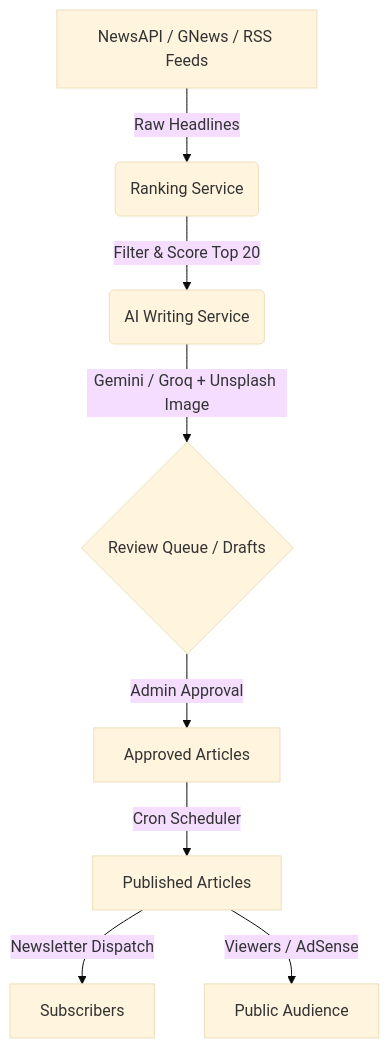
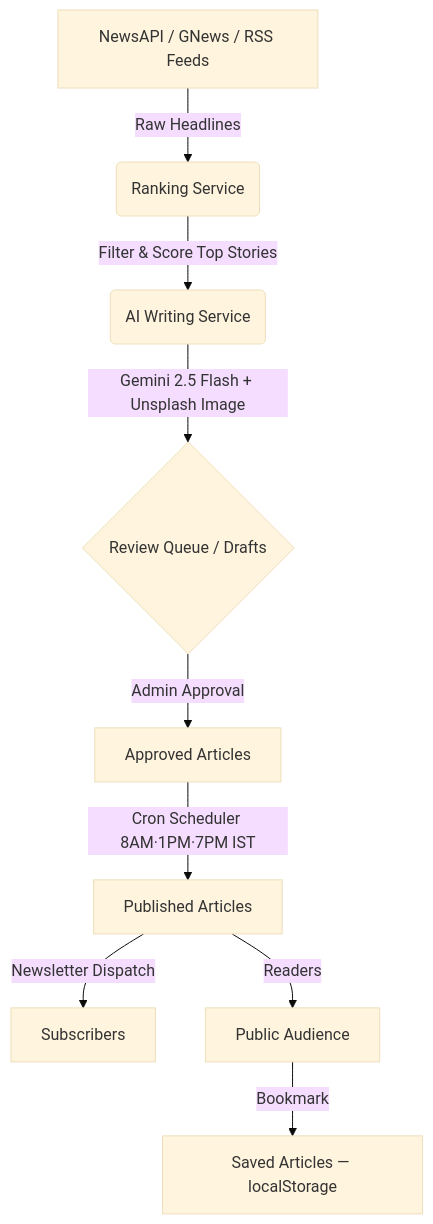
One commit to 26Utkarsh/InkWire changed the diagram in README.md. Above: the diagram before and after it, drawn with Mermaid (base theme). The commit also changed other lines of this file and 7 other files, not shown here.

````diff
--- a/README.md
+++ b/README.md
@@ -20,10 +24,11 @@
 ```mermaid
 graph TD
     A[NewsAPI / GNews / RSS Feeds] -->|Raw Headlines| B(Ranking Service)
-    B -->|Filter & Score Top 20| C(AI Writing Service)
-    C -->|Gemini / Groq + Unsplash Image| D{Review Queue / Drafts}
+    B -->|Filter & Score Top Stories| C(AI Writing Service)
+    C -->|Gemini 2.5 Flash + Unsplash Image| D{Review Queue / Drafts}
     D -->|Admin Approval| E[Approved Articles]
-    E -->|Cron Scheduler| F[Published Articles]
+    E -->|Cron Scheduler 8AM·1PM·7PM IST| F[Published Articles]
     F -->|Newsletter Dispatch| G[Subscribers]
-    F -->|Viewers / AdSense| H[Public Audience]
+    F -->|Readers| H[Public Audience]
+    H -->|Bookmark| I[Saved Articles — localStorage]
 ```
````
